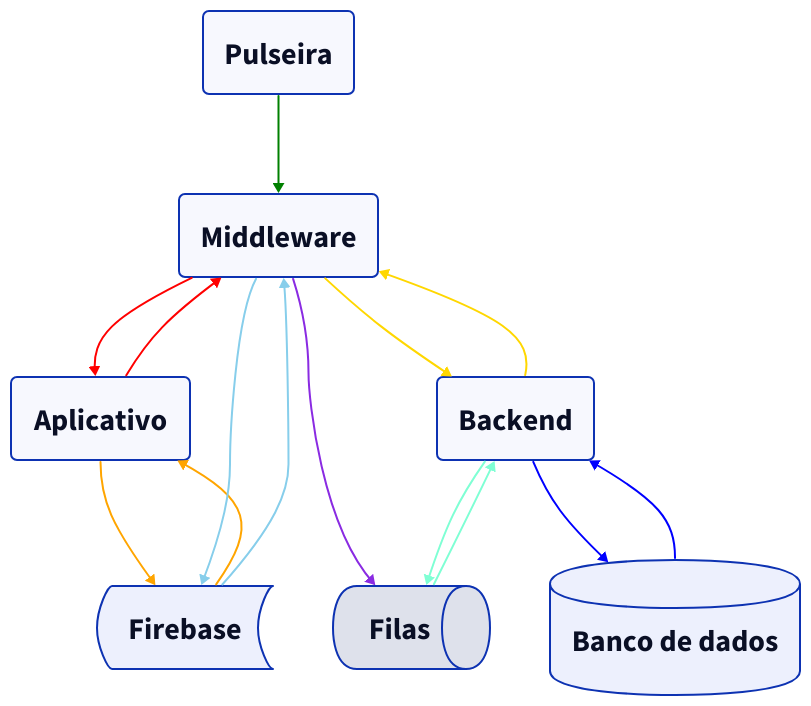
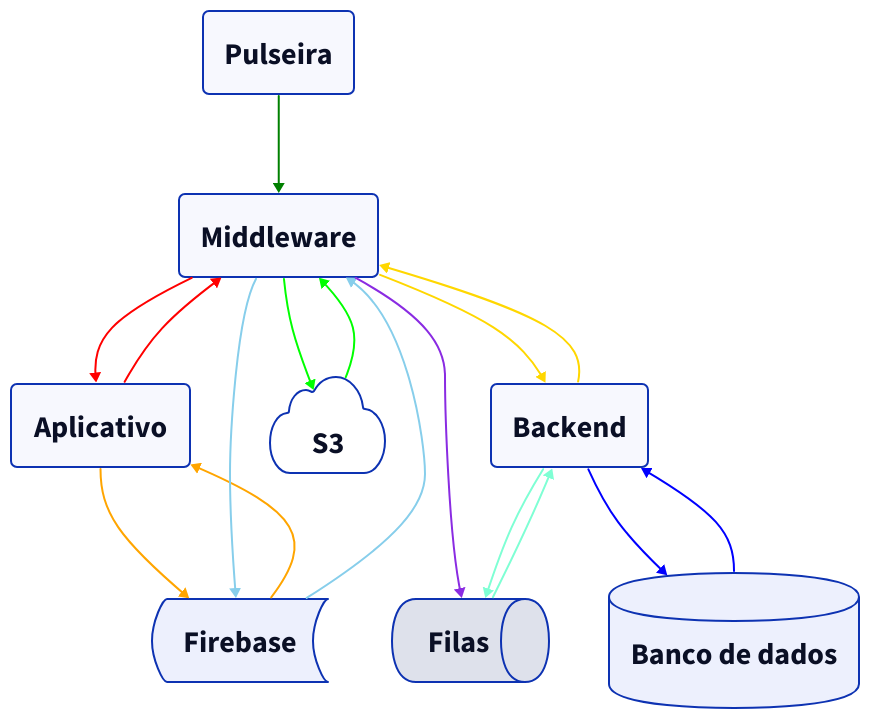
Before and after one commit to ProtectMeNow/documentacao: the diagram in diagramas/arquitetura.d2, drawn with D2. The commit also changed 5 other files, not shown here.

```diff
--- a/diagramas/arquitetura.d2
+++ b/diagramas/arquitetura.d2
@@ -1,130 +1,149 @@
 # Objetos
 Pulseira: {
   style: {
     border-radius: 6
     font-size: 30
   }
 }
 
 Aplicativo: {
   style: {
     border-radius: 6
     font-size: 30
   }
 }
 
 Middleware: {
   style: {
     border-radius: 6
     font-size: 30
   }
 }
 
 Backend: {
   style: {
     border-radius: 6
     font-size: 30
   }
 }
 
 Firebase: {
   style: {
     font-size: 30
   }
   shape: stored_data
 }
 
 Filas: {
   style: {
     font-size: 30
   }
   shape: queue
 }
 
 Banco de dados: {
   style: {
     font-size: 30
   }
   shape: cylinder
+}
+
+S3: {
+  style: {
+    font-size: 30
+  }
+  shape: cloud
 }
 
 
 
 # Relacionamento
 Pulseira -> Middleware: {
   style: {
     stroke: green
   }
 }
 
 Middleware -> Aplicativo: {
   style: {
     stroke: red
   }
 }
 Middleware <- Aplicativo: {
   style: {
     stroke: red
   }
 }
 
 Backend <- Middleware: {
   style: {
     stroke: gold
   }
 }
 Backend -> Middleware: {
   style: {
     stroke: gold
   }
 }
 
 Firebase -> Aplicativo: {
   style: {
     stroke: orange
   }
 }
 Firebase <- Aplicativo: {
   style: {
     stroke: orange
   }
 }
 
 Firebase -> Middleware: {
   style: {
     stroke: skyblue
   }
 }
 Firebase <- Middleware: {
   style: {
     stroke: skyblue
   }
 }
 
 Middleware -> Filas: {
   style: {
     stroke: blueviolet
   }
 }
 
 Backend <- Filas: {
   style: {
     stroke: aquamarine
   }
 }
 Backend -> Filas: {
   style: {
     stroke: aquamarine
   }
 }
 
 Backend <- Banco de dados: {
   style: {
     stroke: blue
   }
 }
 Backend -> Banco de dados: {
   style: {
     stroke: blue
   }
 }
+
+Middleware -> S3: {
+  style: {
+    stroke: lime
+  }
+}
+
+S3 -> Middleware: {
+  style: {
+    stroke: lime
+  }
+}
```
